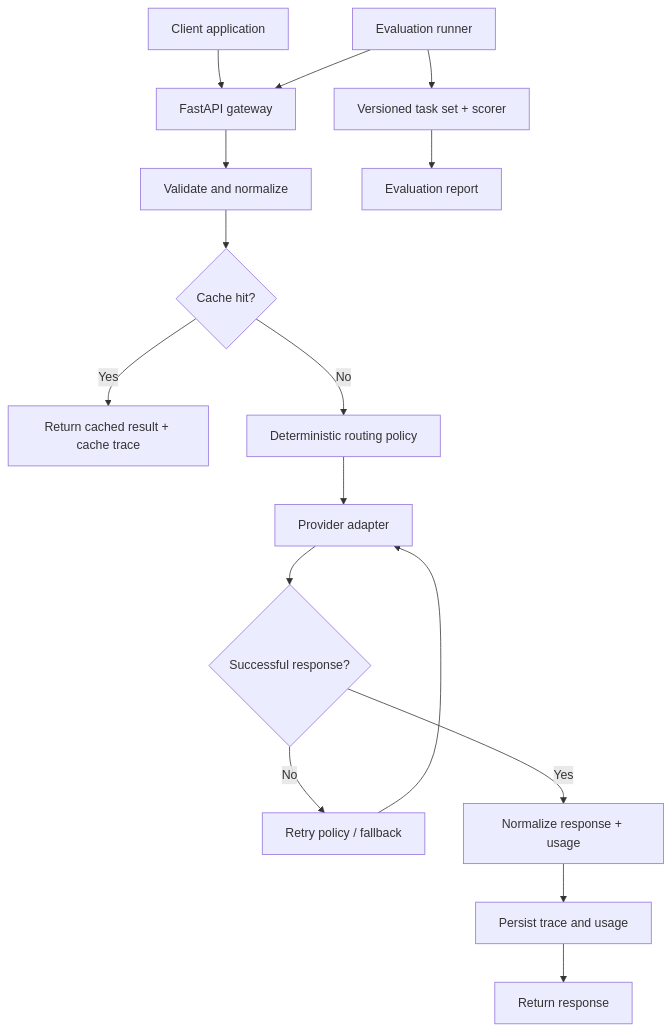
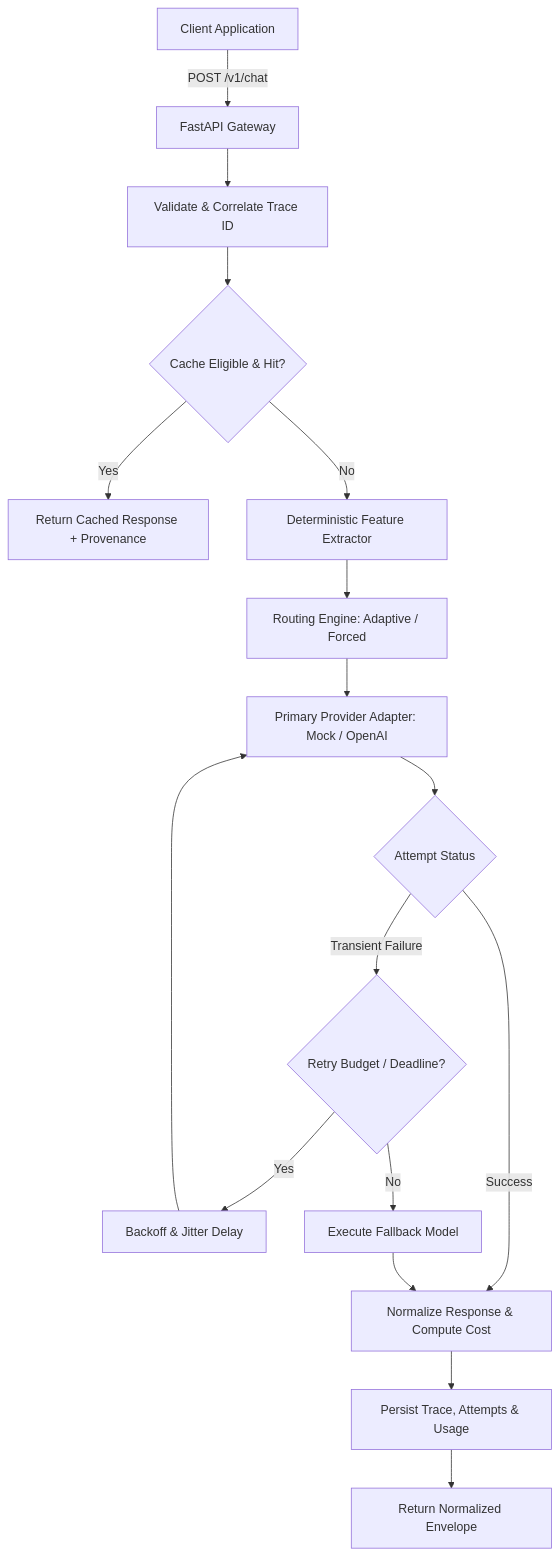
Before and after one commit to mohammedrehan143/smart-ai-gateway: the diagram in README.md, drawn with Mermaid. The commit also changed other lines of this file and 76 other files, not shown here.

````diff
--- a/README.md
+++ b/README.md
@@ -21,18 +26,19 @@
 ```mermaid
 flowchart TD
-    A[Client application] --> B[FastAPI gateway]
-    B --> C[Validate and normalize]
-    C --> D{Cache hit?}
-    D -- Yes --> E[Return cached result + cache trace]
-    D -- No --> F[Deterministic routing policy]
-    F --> G[Provider adapter]
-    G --> H{Successful response?}
-    H -- No --> I[Retry policy / fallback]
-    I --> G
-    H -- Yes --> J[Normalize response + usage]
-    J --> K[Persist trace and usage]
-    K --> L[Return response]
-    M[Evaluation runner] --> B
-    M --> N[Versioned task set + scorer]
-    N --> O[Evaluation report]
+    A[Client Application] -->|POST /v1/chat| B[FastAPI Gateway]
+    B --> C[Validate & Correlate Trace ID]
+    C --> D{Cache Eligible & Hit?}
+    D -- Yes --> E[Return Cached Response + Provenance]
+    D -- No --> F[Deterministic Feature Extractor]
+    F --> G[Routing Engine: Adaptive / Forced]
+    G --> H[Primary Provider Adapter: Mock / OpenAI]
+    H --> I{Attempt Status}
+    I -- Success --> J[Normalize Response & Compute Cost]
+    I -- Transient Failure --> K{Retry Budget / Deadline?}
+    K -- Yes --> L[Backoff & Jitter Delay]
+    L --> H
+    K -- No --> M[Execute Fallback Model]
+    M --> J
+    J --> N[Persist Trace, Attempts & Usage]
+    N --> O[Return Normalized Envelope]
 ```
````
